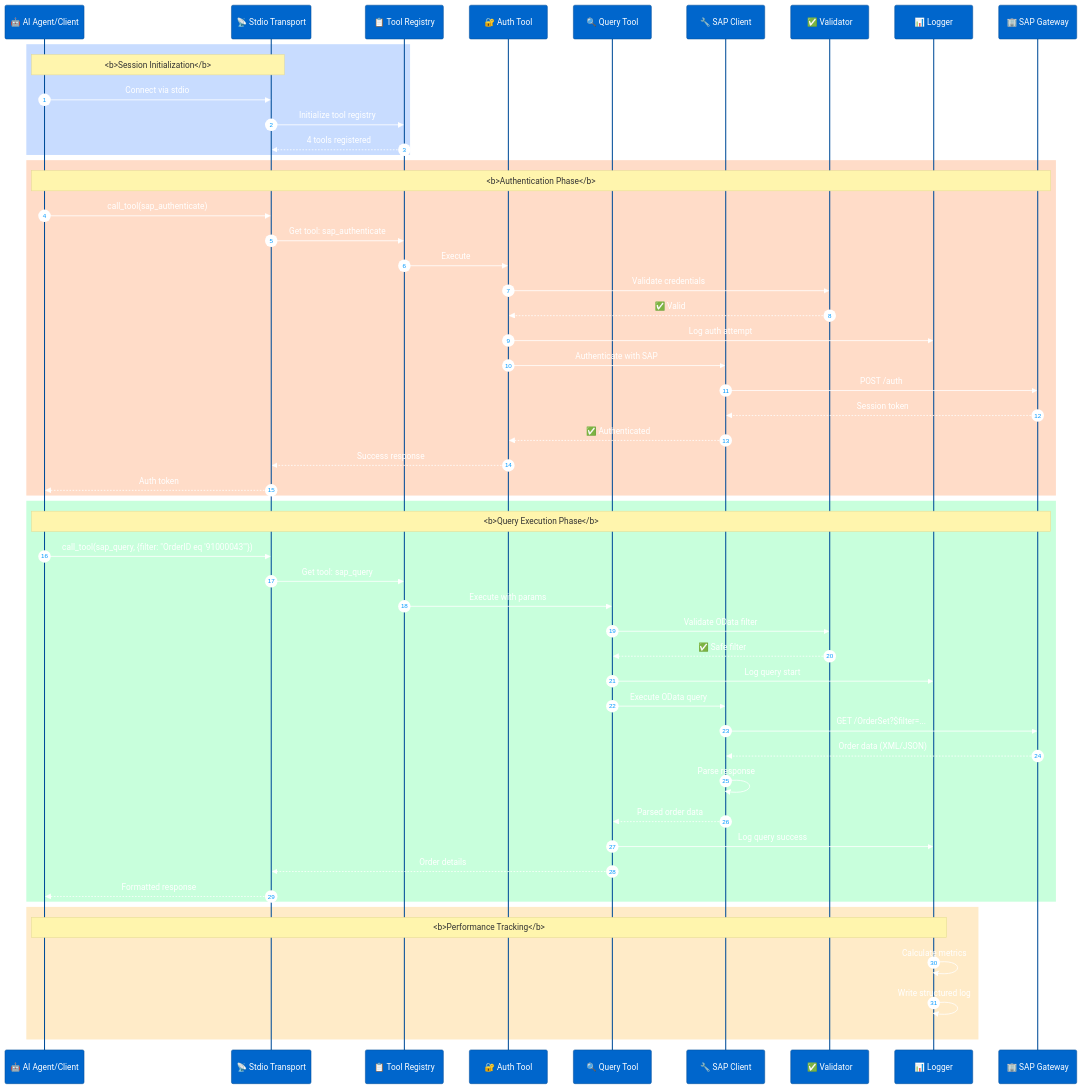
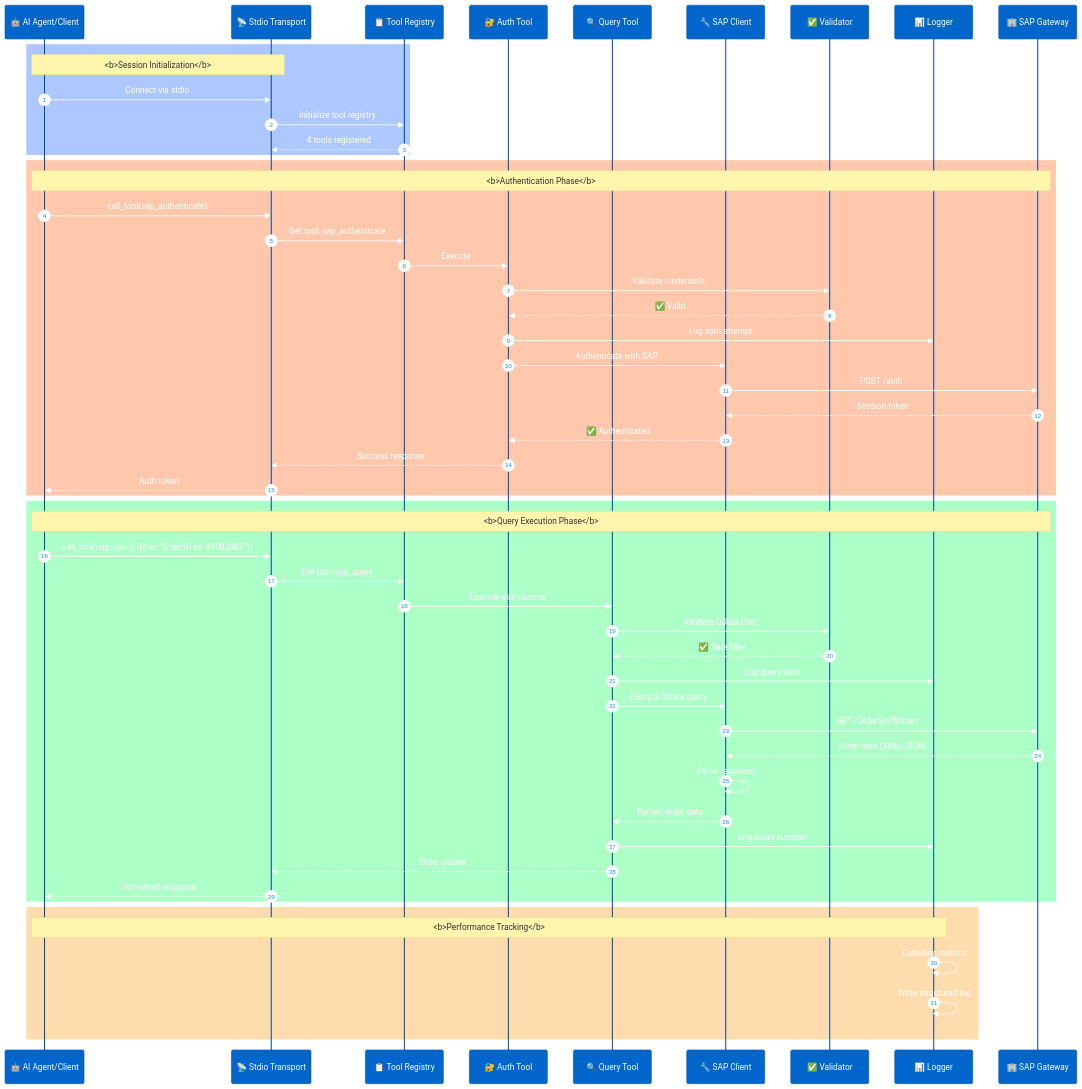
Before and after one commit to midasol/sap-mcp-server: the third of 5 diagrams in README.md, drawn with Mermaid.

Commit message:
README.md updated

````diff
--- a/README.md
+++ b/README.md
@@ -156,61 +156,61 @@
 ```mermaid
 %%{init: {'theme':'base', 'themeVariables': { 'primaryColor':'#0066cc','primaryTextColor':'#ffffff','primaryBorderColor':'#004d99','lineColor':'#ff6600'}}}%%
 sequenceDiagram
     autonumber
     participant Client as 🤖 AI Agent/Client
     participant Transport as 📡 Stdio Transport
     participant Registry as 📋 Tool Registry
     participant AuthTool as 🔐 Auth Tool
     participant QueryTool as 🔍 Query Tool
     participant SAPClient as 🔧 SAP Client
     participant Validator as ✅ Validator
     participant Logger as 📊 Logger
     participant SAP as 🏢 SAP Gateway
 
-    rect rgb(200, 220, 255)
+    rect rgb(173, 200, 255)
         Note over Client,Transport: <b>Session Initialization</b>
         Client->>Transport: Connect via stdio
         Transport->>Registry: Initialize tool registry
         Registry-->>Transport: 4 tools registered
     end
 
-    rect rgb(255, 220, 200)
+    rect rgb(255, 200, 173)
         Note over Client,SAP: <b>Authentication Phase</b>
         Client->>Transport: call_tool(sap_authenticate)
         Transport->>Registry: Get tool: sap_authenticate
         Registry->>AuthTool: Execute
         AuthTool->>Validator: Validate credentials
         Validator-->>AuthTool: ✅ Valid
         AuthTool->>Logger: Log auth attempt
         AuthTool->>SAPClient: Authenticate with SAP
         SAPClient->>SAP: POST /auth
         SAP-->>SAPClient: Session token
         SAPClient-->>AuthTool: ✅ Authenticated
         AuthTool-->>Transport: Success response
         Transport-->>Client: Auth token
     end
 
-    rect rgb(200, 255, 220)
+    rect rgb(173, 255, 200)
         Note over Client,SAP: <b>Query Execution Phase</b>
         Client->>Transport: call_tool(sap_query, {filter: "OrderID eq '91000043'"})
         Transport->>Registry: Get tool: sap_query
         Registry->>QueryTool: Execute with params
         QueryTool->>Validator: Validate OData filter
         Validator-->>QueryTool: ✅ Safe filter
         QueryTool->>Logger: Log query start
         QueryTool->>SAPClient: Execute OData query
         SAPClient->>SAP: GET /OrderSet?$filter=...
         SAP-->>SAPClient: Order data (XML/JSON)
         SAPClient->>SAPClient: Parse response
         SAPClient-->>QueryTool: Parsed order data
         QueryTool->>Logger: Log query success
         QueryTool-->>Transport: Order details
         Transport-->>Client: Formatted response
     end
 
-    rect rgb(255, 235, 200)
+    rect rgb(255, 220, 173)
         Note over Client,Logger: <b>Performance Tracking</b>
         Logger->>Logger: Calculate metrics
         Logger->>Logger: Write structured log
     end
 ```
````
